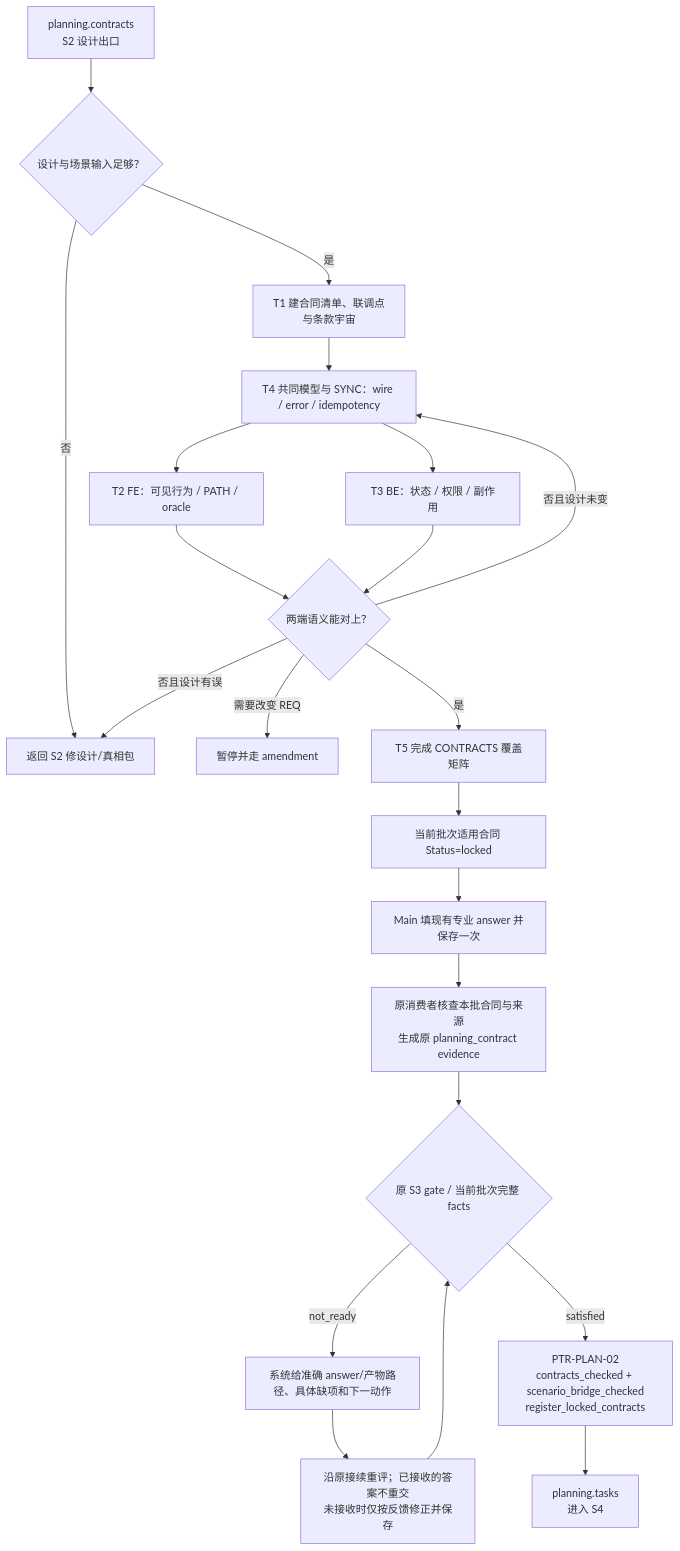
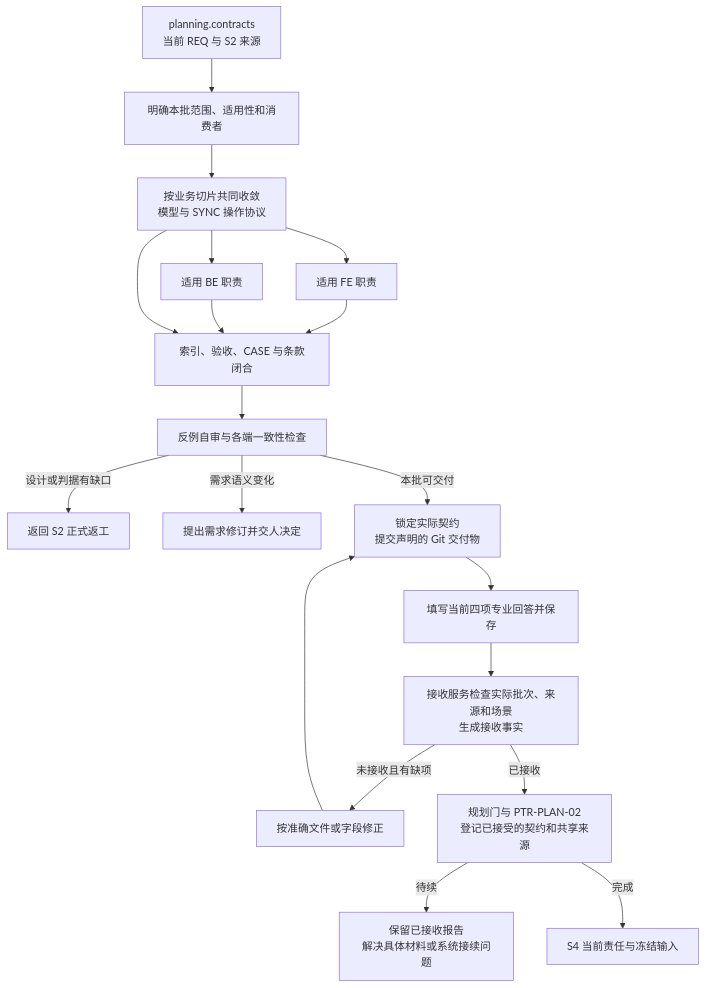
One commit to Sebs-Lee/go-system-builder changed the diagram in blueprint/l3-stages/L3-S3-contracts.md. Above: the diagram before and after it, drawn with Mermaid. The commit also changed other lines of this file and 468 other files, not shown here.

````diff
--- a/blueprint/l3-stages/L3-S3-contracts.md
+++ b/blueprint/l3-stages/L3-S3-contracts.md
@@ -171,25 +157,21 @@
 ```mermaid
 flowchart TD
-    IN["planning.contracts<br/>S2 设计出口"] --> PRE{"设计与场景输入足够？"}
-    PRE -->|否| BACK2["返回 S2 修设计/真相包"]
-    PRE -->|是| T1["T1 建合同清单、联调点<br/>与条款宇宙"]
-    T1 --> SYNC["T4 共同模型与 SYNC：wire / error / idempotency"]
-    SYNC --> FE["T2 FE：可见行为 / PATH / oracle"]
-    SYNC --> BE["T3 BE：状态 / 权限 / 副作用"]
-    FE --> SEM
-    BE --> SEM{"两端语义能对上？"}
-    SEM -->|否且设计未变| SYNC
-    SEM -->|否且设计有误| BACK2
-    SEM -->|需要改变 REQ| PAUSE["暂停并走 amendment"]
-    SEM -->|是| INDEX["T5 完成 CONTRACTS 覆盖矩阵"]
-
-    INDEX --> LOCK["当前批次适用合同 Status=locked"]
-    LOCK --> SAVE["Main 填现有专业 answer 并保存一次"]
-    SAVE --> ACCEPT["原消费者核查本批合同与来源<br/>生成原 planning_contract evidence"]
-    ACCEPT --> GATE{"原 S3 gate / 当前批次完整 facts"}
-    GATE -->|not_ready| FIXG["系统给准确 answer/产物路径、具体缺项和下一动作"]
-    FIXG --> RETRY["沿原接续重评；已接收的答案不重交<br/>未接收时仅按反馈修正并保存"]
-    RETRY --> GATE
-    GATE -->|satisfied| PTR["PTR-PLAN-02<br/>contracts_checked + scenario_bridge_checked<br/>register_locked_contracts"]
-    PTR --> S4["planning.tasks<br/>进入 S4"]
+    IN[planning.contracts<br/>当前 REQ 与 S2 来源] --> SCOPE[明确本批范围、适用性和消费者]
+    SCOPE --> COMMON[按业务切片共同收敛<br/>模型与 SYNC 操作协议]
+    COMMON --> FE[适用 FE 职责]
+    COMMON --> BE[适用 BE 职责]
+    FE --> TRACE[索引、验收、CASE 与条款闭合]
+    BE --> TRACE
+    COMMON --> TRACE
+    TRACE --> REVIEW[反例自审与各端一致性检查]
+    REVIEW -->|设计或判据有缺口| S2[返回 S2 正式返工]
+    REVIEW -->|需求语义变化| HUMAN[提出需求修订并交人决定]
+    REVIEW -->|本批可交付| OUTPUT[锁定实际契约<br/>提交声明的 Git 交付物]
+    OUTPUT --> SAVE[填写当前四项专业回答并保存]
+    SAVE --> CHECK[接收服务检查实际批次、来源和场景<br/>生成接收事实]
+    CHECK -->|未接收且有缺项| FIX[按准确文件或字段修正]
+    FIX --> OUTPUT
+    CHECK -->|已接收| OUTLET[规划门与 PTR-PLAN-02<br/>登记已接受的契约和共享来源]
+    OUTLET -->|待续| WAIT[保留已接收报告<br/>解决具体材料或系统接续问题]
+    OUTLET -->|完成| NEXT[S4 当前责任与冻结输入]
 ```
````
